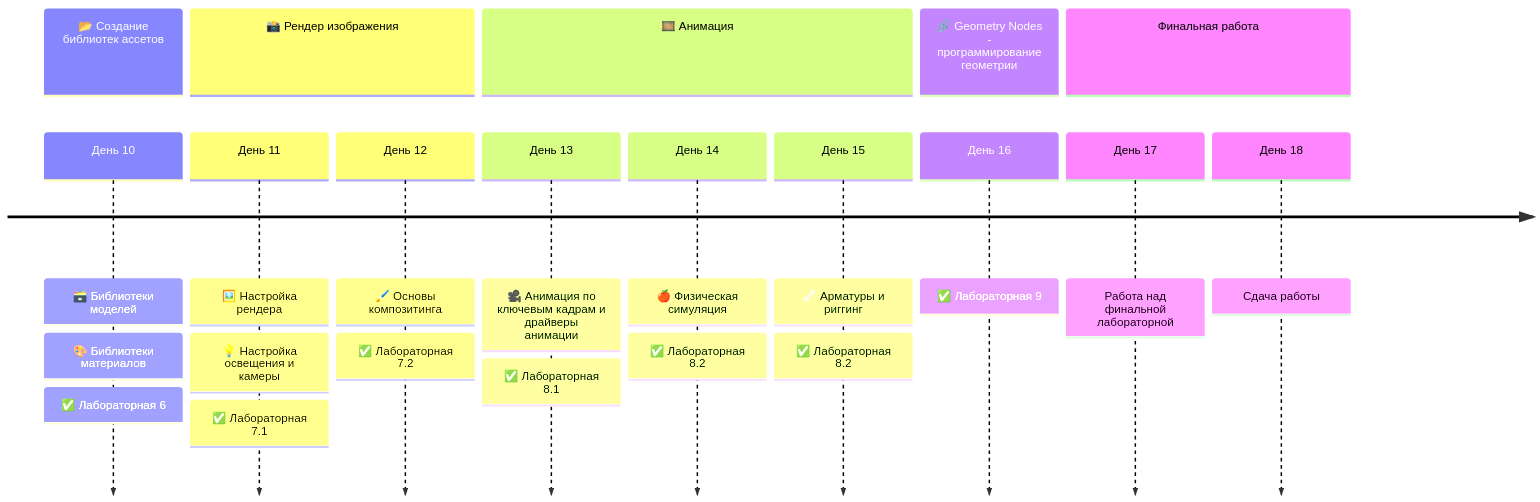
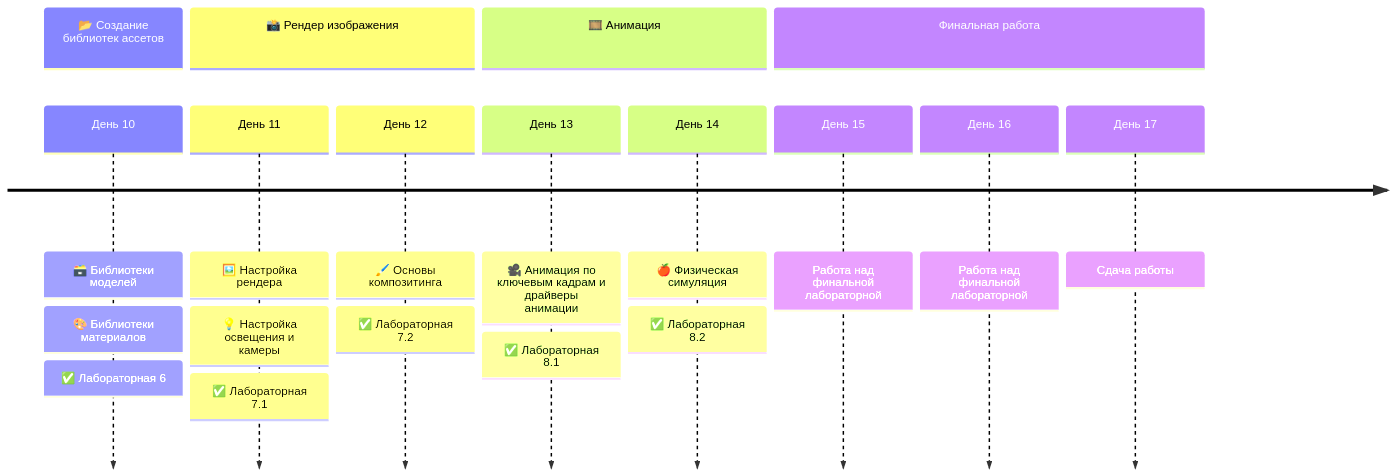
The second of 2 diagrams in README.md (mvodya/3d-course-blender-2025), drawn with Mermaid before and after one commit. The commit also changed other lines of this file and 1 other file, not shown here.

Commit message:
Update timeline

````diff
--- a/README.md
+++ b/README.md
@@ -87,26 +82,23 @@
 ```mermaid
 timeline      
     section 📂 Создание библиотек ассетов
         День 10 : 🗃️ Библиотеки моделей : 🎨 Библиотеки материалов :
             ✅ Лабораторная 6
     section 📸 Рендер изображения
         День 11 : 🖼️ Настройка рендера : 💡 Настройка освещения и камеры :
             ✅ Лабораторная 7.1
         День 12 : 🖌️ Основы композитинга :
             ✅ Лабораторная 7.2
     section 🎞️ Анимация
         День 13 : 🎥 Анимация по ключевым кадрам и драйверы анимации :
             ✅ Лабораторная 8.1
         День 14 : 🍎 Физическая симуляция :
             ✅ Лабораторная 8.2
-        День 15 : 🦴 Арматуры и риггинг :
-            ✅ Лабораторная 8.2
-    section 🔗 Geometry Nodes - программирование геометрии
+    section Финальная работа
+        День 15 :
+            Работа над финальной лабораторной
         День 16 :
-            ✅ Лабораторная 9
-    section Финальная работа
+            Работа над финальной лабораторной
         День 17 :
-            Работа над финальной лабораторной
-        День 18 :
             Сдача работы
 ```
````
